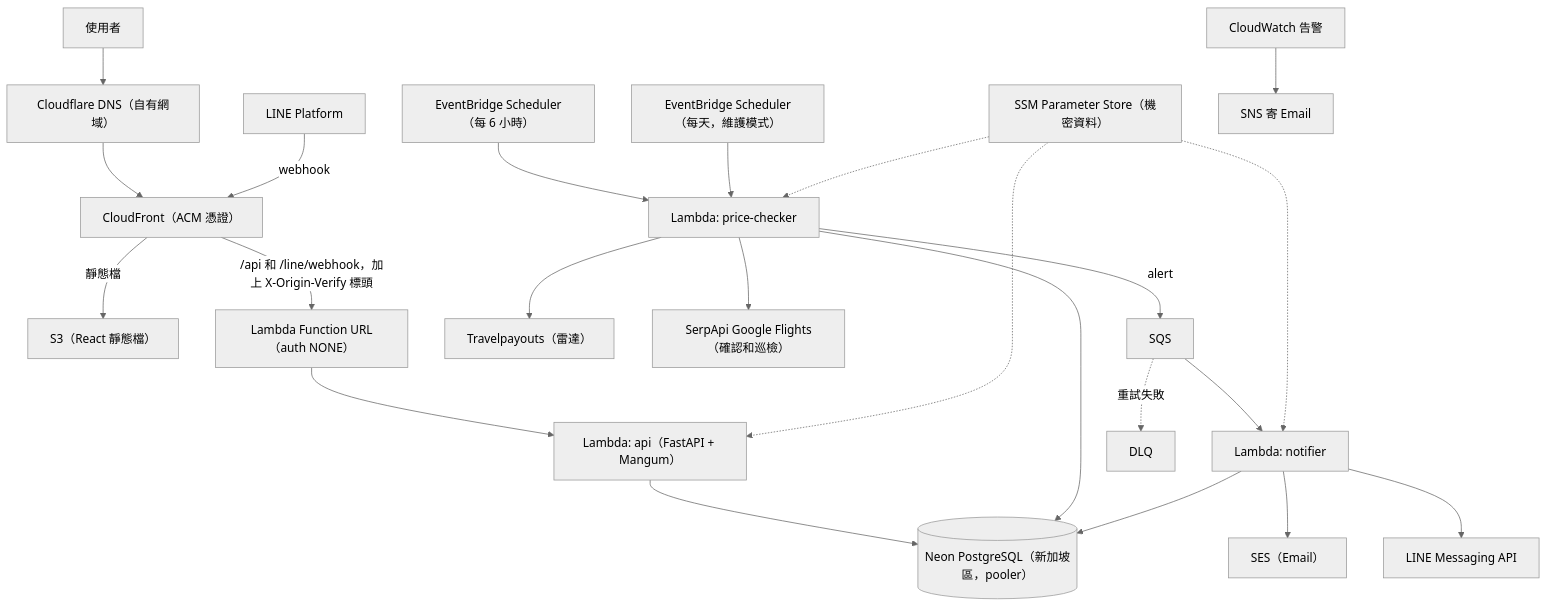
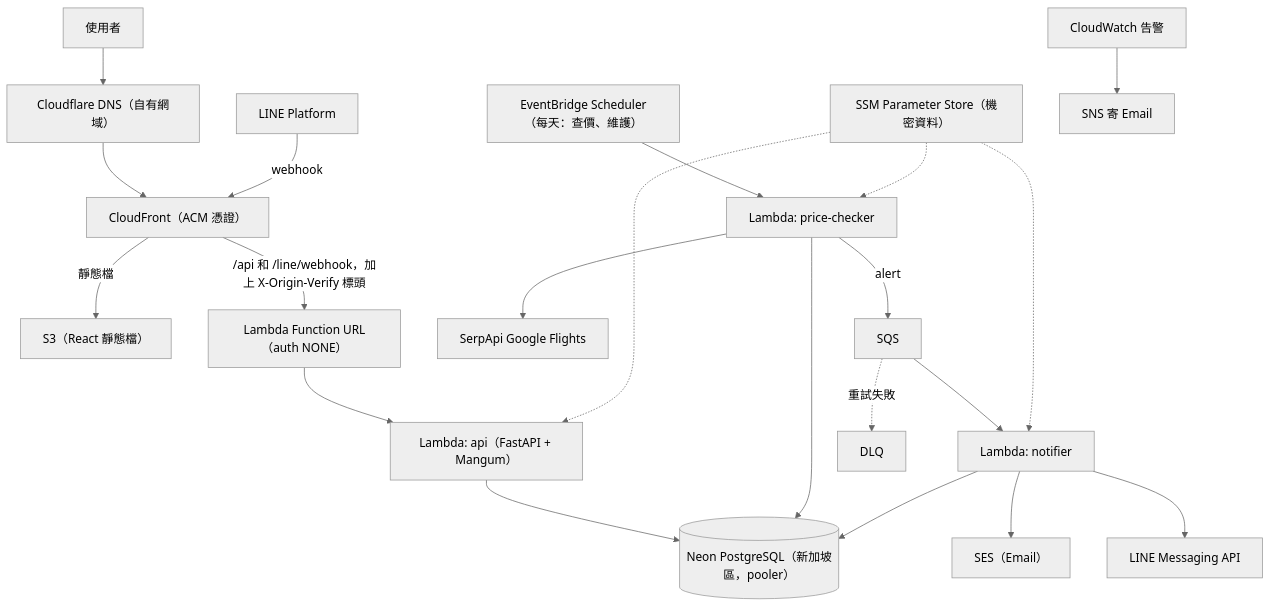
Before and after one commit to Hao007186/JobTrack: the diagram in docs/architecture.md, drawn with Mermaid (neutral theme). The commit also changed other lines of this file and 9 other files, not shown here.

First line of the commit message:
docs: M0 實驗後改為只用 SerpApi，全站上限降為 8 個 query

````diff
--- a/docs/architecture.md
+++ b/docs/architecture.md
@@ -27,28 +28,26 @@
 ```mermaid
 flowchart TB
     user["使用者"] --> dns["Cloudflare DNS（自有網域）"]
     dns --> cdn["CloudFront（ACM 憑證）"]
     linepf["LINE Platform"] -->|webhook| cdn
     cdn -->|靜態檔| s3["S3（React 靜態檔）"]
     cdn -->|"/api 和 /line/webhook，加上 X-Origin-Verify 標頭"| furl["Lambda Function URL（auth NONE）"]
     furl --> api["Lambda: api（FastAPI + Mangum）"]
 
-    sched6["EventBridge Scheduler（每 6 小時）"] --> checker["Lambda: price-checker"]
-    schedd["EventBridge Scheduler（每天，維護模式）"] --> checker
-    checker --> tp["Travelpayouts（雷達）"]
-    checker --> serp["SerpApi Google Flights（確認和巡檢）"]
+    sched["EventBridge Scheduler（每天：查價、維護）"] --> checker["Lambda: price-checker"]
+    checker --> serp["SerpApi Google Flights"]
     checker -->|alert| sqs["SQS"]
     sqs --> notifier["Lambda: notifier"]
     sqs -.->|重試失敗| dlq["DLQ"]
     notifier --> ses["SES（Email）"]
     notifier --> lineapi["LINE Messaging API"]
 
     api --> db[("Neon PostgreSQL（新加坡區，pooler）")]
     checker --> db
     notifier --> db
 
     ssm["SSM Parameter Store（機密資料）"] -.-> api
     ssm -.-> checker
     ssm -.-> notifier
     cw["CloudWatch 告警"] --> sns["SNS 寄 Email"]
 ```
````
